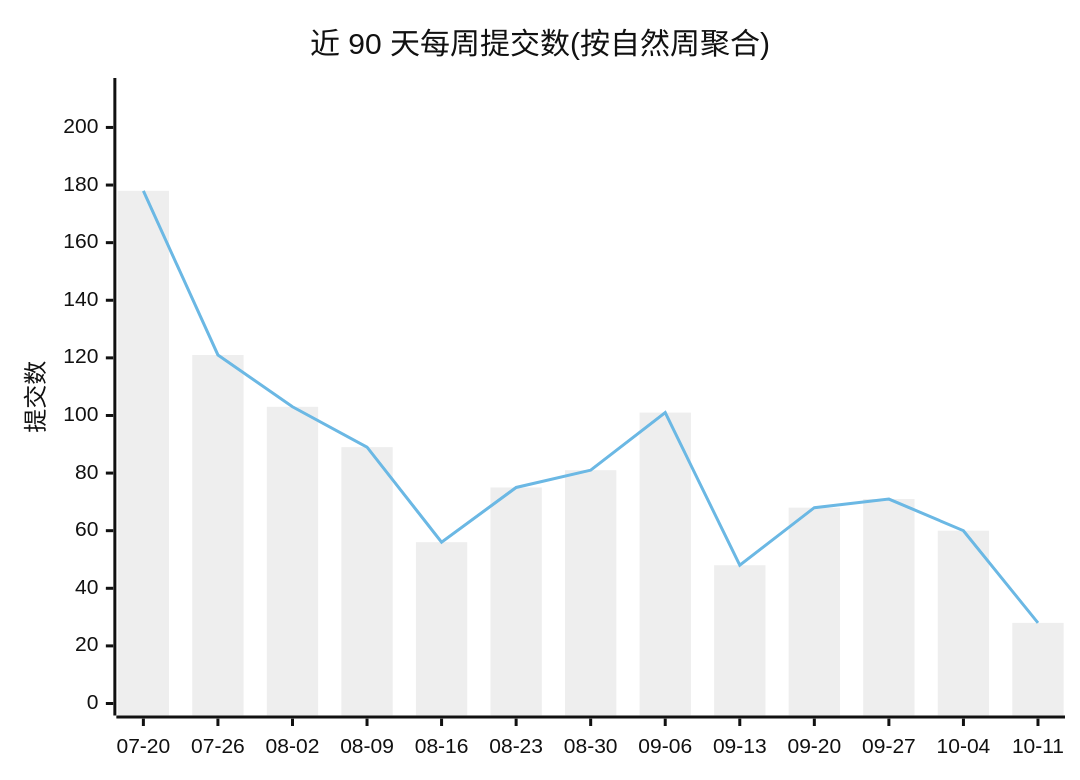
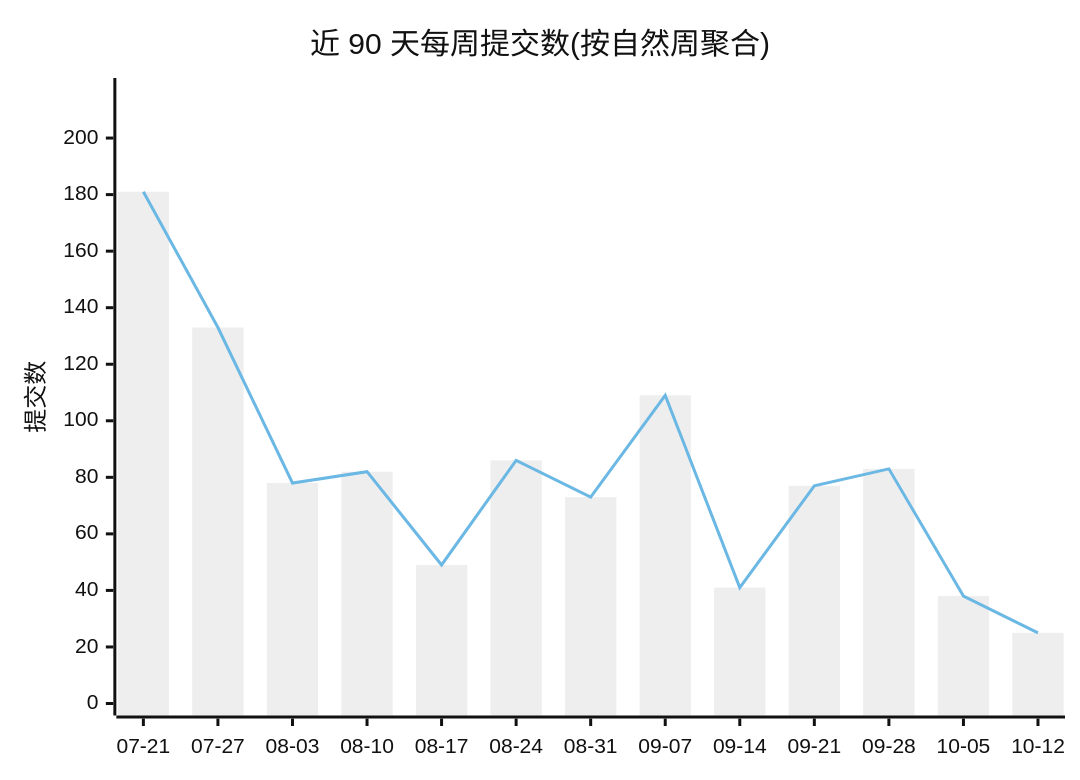
Before and after one commit to Conflux-Union/.github: the first of 2 diagrams in profile/README.md, drawn with Mermaid (neutral theme). The commit also changed other lines of this file and 1 other file, not shown here.

````diff
--- a/profile/README.md
+++ b/profile/README.md
@@ -44,8 +44,8 @@
 ```mermaid
 xychart-beta
     title "近 90 天每周提交数(按自然周聚合)"
-    x-axis ["07-20", "07-26", "08-02", "08-09", "08-16", "08-23", "08-30", "09-06", "09-13", "09-20", "09-27", "10-04", "10-11"]
-    y-axis "提交数" 0 --> 213
-    bar [178, 121, 103, 89, 56, 75, 81, 101, 48, 68, 71, 60, 28]
-    line [178, 121, 103, 89, 56, 75, 81, 101, 48, 68, 71, 60, 28]
+    x-axis ["07-21", "07-27", "08-03", "08-10", "08-17", "08-24", "08-31", "09-07", "09-14", "09-21", "09-28", "10-05", "10-12"]
+    y-axis "提交数" 0 --> 217
+    bar [181, 133, 78, 82, 49, 86, 73, 109, 41, 77, 83, 38, 25]
+    line [181, 133, 78, 82, 49, 86, 73, 109, 41, 77, 83, 38, 25]
 ```
````
